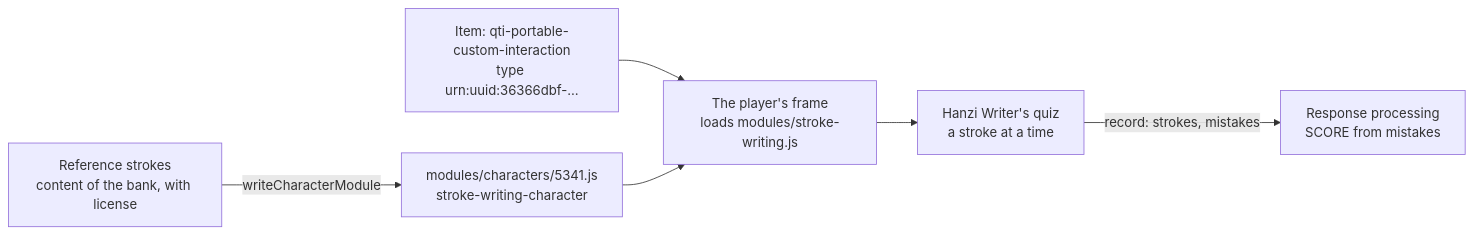
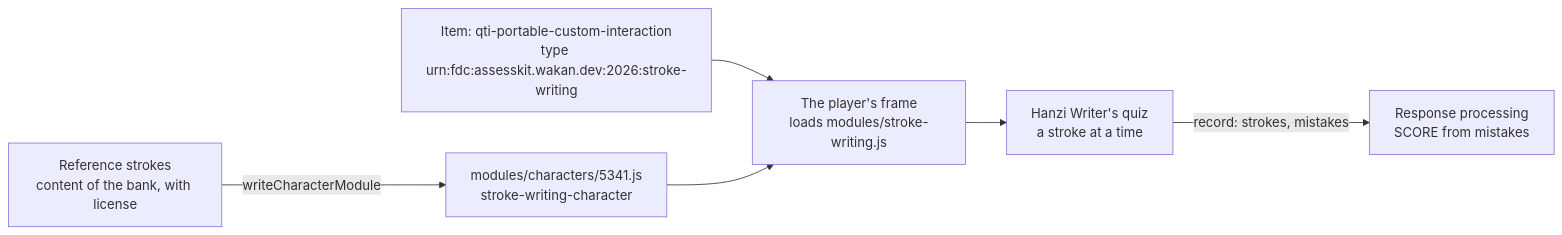
Before and after one commit to assesskit/assesskit: the diagram in docs/custom-interactions/stroke-writing.md, drawn with Mermaid. The commit also changed other lines of this file and 6 other files, not shown here.

First line of the commit message:
Name the custom interactions by Federated Content URNs in assesskit.wakan.dev, as QTI recommends

````diff
--- a/docs/custom-interactions/stroke-writing.md
+++ b/docs/custom-interactions/stroke-writing.md
@@ -10,8 +10,8 @@
 ```mermaid
 flowchart LR
   data["Reference strokes<br/>content of the bank, with license"] -- "writeCharacterModule" --> char["modules/characters/5341.js<br/>stroke-writing-character"]
-  item["Item: qti-portable-custom-interaction<br/>type urn:uuid:36366dbf-…"] --> frame["The player's frame<br/>loads modules/stroke-writing.js"]
+  item["Item: qti-portable-custom-interaction<br/>type urn:fdc:assesskit.wakan.dev:2026:stroke-writing"] --> frame["The player's frame<br/>loads modules/stroke-writing.js"]
   char --> frame
   frame --> quiz["Hanzi Writer's quiz<br/>a stroke at a time"]
   quiz -- "record: strokes, mistakes" --> rp["Response processing<br/>SCORE from mistakes"]
 ```
````
